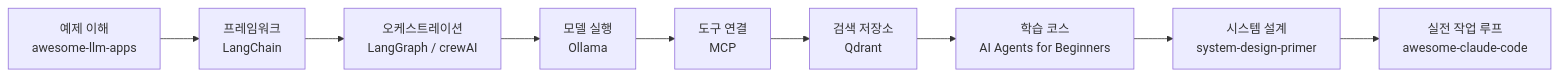
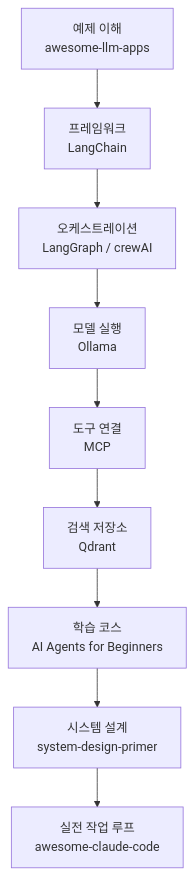
The first of 2 diagrams in content/post/2026/05/2026-05-01-ten-github-repos-for-ai-engineer-roadmap.md (gyuha/gyuha.github.io), drawn with Mermaid before and after one commit. The commit also changed 1 other file, not shown here.

````diff
--- a/content/post/2026/05/2026-05-01-ten-github-repos-for-ai-engineer-roadmap.md
+++ b/content/post/2026/05/2026-05-01-ten-github-repos-for-ai-engineer-roadmap.md
@@ -49,11 +49,11 @@
 ```mermaid
-flowchart LR
+flowchart 
     A[예제 이해<br/>awesome-llm-apps] --> B[프레임워크<br/>LangChain]
     B --> C[오케스트레이션<br/>LangGraph / crewAI]
     C --> D[모델 실행<br/>Ollama]
     D --> E[도구 연결<br/>MCP]
     E --> F[검색 저장소<br/>Qdrant]
     F --> G[학습 코스<br/>AI Agents for Beginners]
     G --> H[시스템 설계<br/>system-design-primer]
     H --> I[실전 작업 루프<br/>awesome-claude-code]
 ```
````
